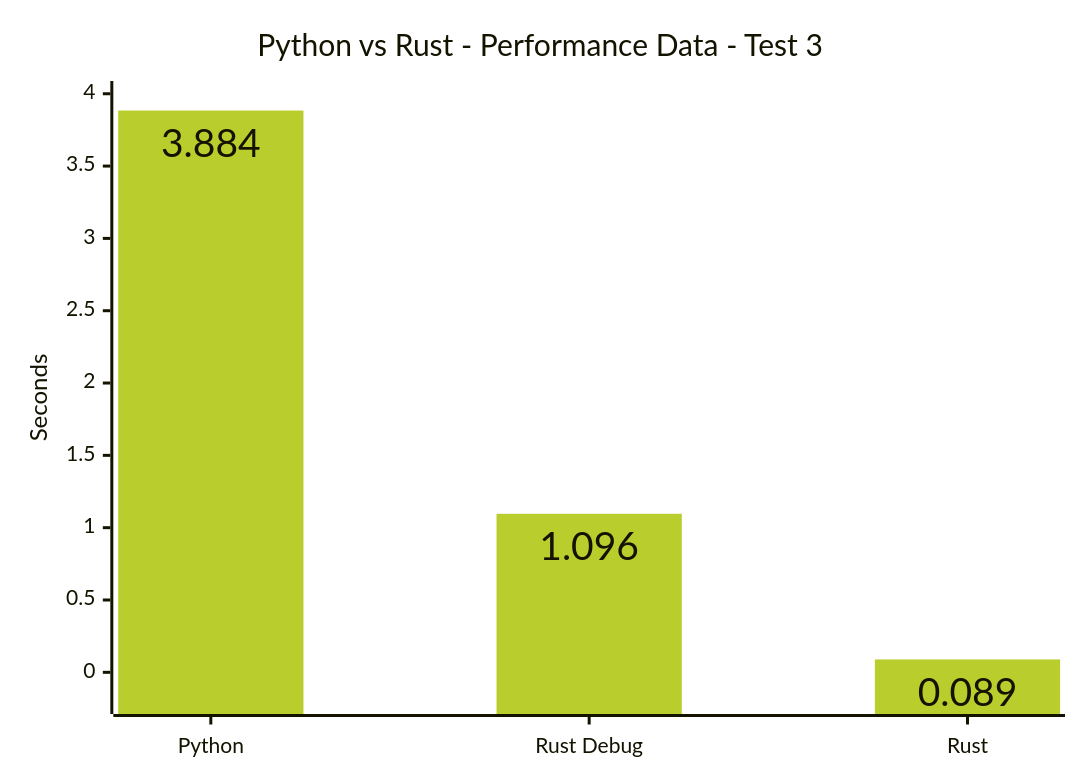
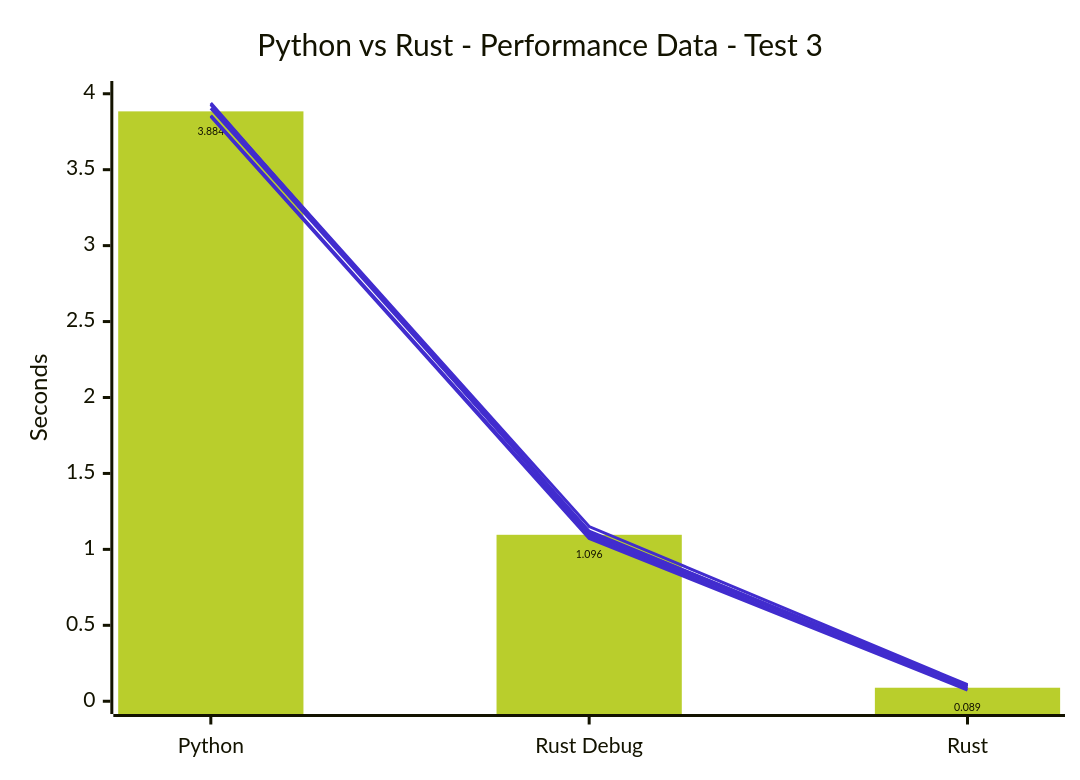
The second of 2 diagrams in performance_testing/PERFORMANCE.md (frozenfrank/watersort), drawn with Mermaid before and after one commit. The commit also changed other lines of this file, not shown here.

Commit message:
Add dialog and detailed bar chart to comparison

````diff
--- a/performance_testing/PERFORMANCE.md
+++ b/performance_testing/PERFORMANCE.md
@@ -237,21 +258,21 @@
 ```mermaid
 ---
 config:
     xyChart:
         showDataLabel: true
     themeVariables:
         xyChart:
             plotColorPalette: '#B9CE2C, #412CCE, #412CCE, #412CCE, #412CCE, #412CCE, #412CCE'
 ---
 xychart
     title "Python vs Rust - Performance Data - Test 3"
     x-axis [Python, "Rust Debug", Rust]
-    y-axis "Seconds" -0.2 --> 4
+    y-axis "Seconds" 0 --> 4
     bar [3.884, 1.096, 0.089]
-    %% line [3.931, 1.12, 0.097]
-    %% line [3.8568, 1.0856, 0.0852]
-    %% line [3.8498, 1.0715, 0.0736]
-    %% line [3.929, 1.15, 0.109]
-    %% line [3.9385, 1.1, 0.104]
-    %% line [3.9039, 1.1146, 0.1005]
+    line [3.931, 1.12, 0.097]
+    line [3.8568, 1.0856, 0.0852]
+    line [3.8498, 1.0715, 0.0736]
+    line [3.929, 1.15, 0.109]
+    line [3.9385, 1.1, 0.104]
+    line [3.9039, 1.1146, 0.1005]
 ```
````
